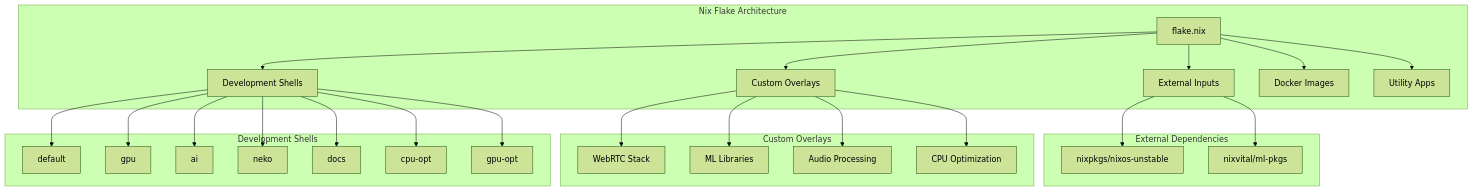
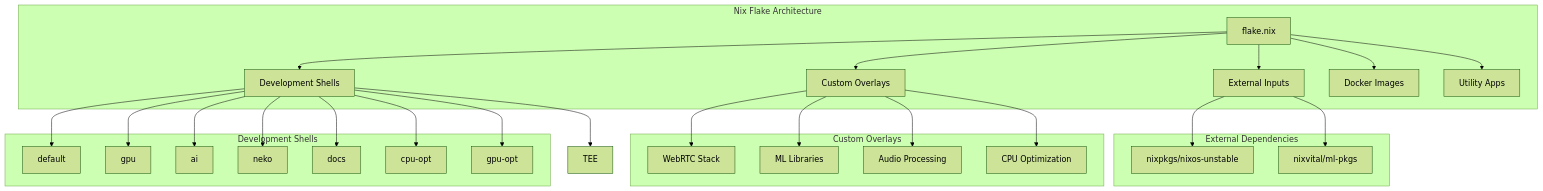
One commit to G-structure/neko_agent changed the diagram in docs/src/developer-guide/nix-flake.md. Above: the diagram before and after it, drawn with Mermaid (forest theme). The commit also changed other lines of this file and 2 other files, not shown here.

````diff
--- a/docs/src/developer-guide/nix-flake.md
+++ b/docs/src/developer-guide/nix-flake.md
@@ -15,55 +17,56 @@
 ```mermaid
 graph TB
     subgraph "Nix Flake Architecture"
         Flake[flake.nix]
         Inputs[External Inputs]
         Overlays[Custom Overlays]
         Shells[Development Shells]
         Packages[Docker Images]
         Apps[Utility Apps]
     end
     
     subgraph "External Dependencies"
         Nixpkgs[nixpkgs/nixos-unstable]
         MLPkgs[nixvital/ml-pkgs]
     end
     
     subgraph "Custom Overlays"
         WebRTC[WebRTC Stack]
         ML[ML Libraries]
         Audio[Audio Processing]
         Optimization[CPU Optimization]
     end
     
     subgraph "Development Shells"
         Default[default]
         GPU[gpu]
         AI[ai]
         Neko[neko]
         Docs[docs]
         CPUOpt[cpu-opt]
         GPUOpt[gpu-opt]
     end
     
     Flake --> Inputs
     Flake --> Overlays
     Flake --> Shells
     Flake --> Packages
     Flake --> Apps
     
     Inputs --> Nixpkgs
     Inputs --> MLPkgs
     
     Overlays --> WebRTC
     Overlays --> ML
     Overlays --> Audio
     Overlays --> Optimization
     
     Shells --> Default
     Shells --> GPU
     Shells --> AI
     Shells --> Neko
     Shells --> Docs
     Shells --> CPUOpt
     Shells --> GPUOpt
+    Shells --> TEE
 ```
````
